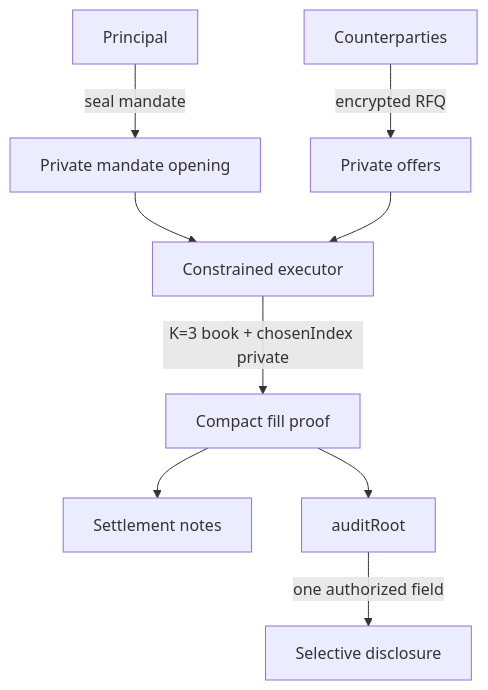
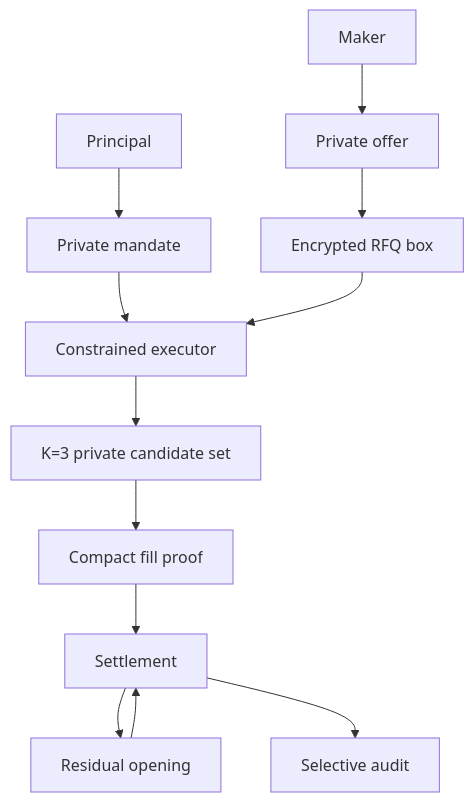
One commit to mohamedwael201193/REMIT changed the first of 9 diagrams in README.md. Above: the diagram before and after it, drawn with Mermaid. The commit also changed other lines of this file and 8 other files, not shown here.

````diff
--- a/README.md
+++ b/README.md
@@ -37,11 +46,14 @@
 ```mermaid
 flowchart TD
-  P[Principal] -->|seal mandate| M[Private mandate opening]
-  C[Counterparties] -->|encrypted RFQ| O[Private offers]
-  M --> E[Constrained executor]
-  O --> E
-  E -->|K=3 book + chosenIndex private| F[Compact fill proof]
-  F --> S[Settlement notes]
-  F --> A[auditRoot]
-  A -->|one authorized field| D[Selective disclosure]
+  P[Principal] --> M[Private mandate]
+  MK[Maker] --> O[Private offer]
+  O --> RFQ[Encrypted RFQ box]
+  M --> EX[Constrained executor]
+  RFQ --> EX
+  EX --> K[K=3 private candidate set]
+  K --> ZK[Compact fill proof]
+  ZK --> S[Settlement]
+  S --> R[Residual opening]
+  R --> S
+  S --> A[Selective audit]
 ```
````
